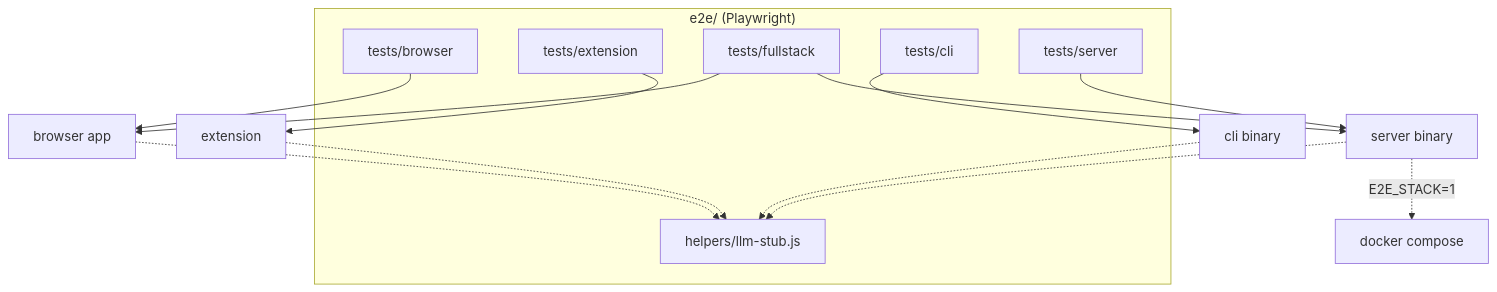
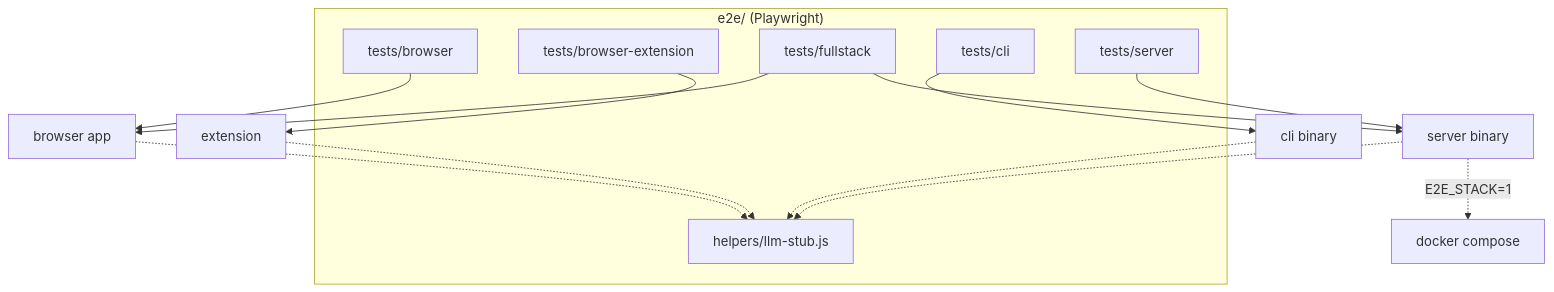
Before and after one commit to andrew1407/stencil: the first of 2 diagrams in e2e/ARCHITECTURE.md, drawn with Mermaid. The commit also changed other lines of this file and 3356 other files, not shown here.

````diff
--- a/e2e/ARCHITECTURE.md
+++ b/e2e/ARCHITECTURE.md
@@ -12,28 +12,23 @@
 ```mermaid
 graph TD
     subgraph E2E["e2e/ (Playwright)"]
       TB["tests/browser"]
-      TE["tests/extension"]
+      TE["tests/browser-extension"]
       TF["tests/fullstack"]
       TS["tests/server"]
       TC["tests/cli"]
       STUB["helpers/llm-stub.js"]
     end
     WEB["browser app"]
     EXT["extension"]
     SRV["server binary"]
     CLI["cli binary"]
     STACK["docker compose"]
 
-    TB --> WEB
+    TB & TF --> WEB
     TE --> EXT
-    TF --> WEB
-    TF --> SRV
-    TS --> SRV
+    TF & TS --> SRV
     TC --> CLI
-    WEB -.-> STUB
-    EXT -.-> STUB
-    CLI -.-> STUB
-    SRV -.-> STUB
+    WEB & EXT & CLI & SRV -.-> STUB
     SRV -.->|"E2E_STACK=1"| STACK
 ```
````
